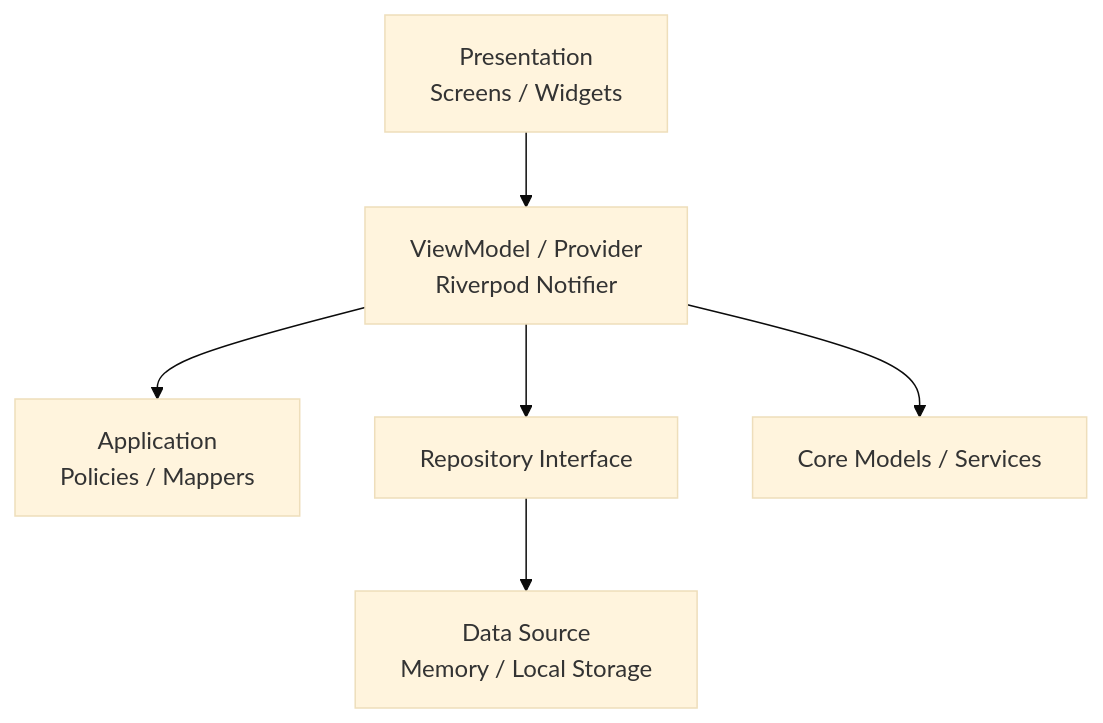
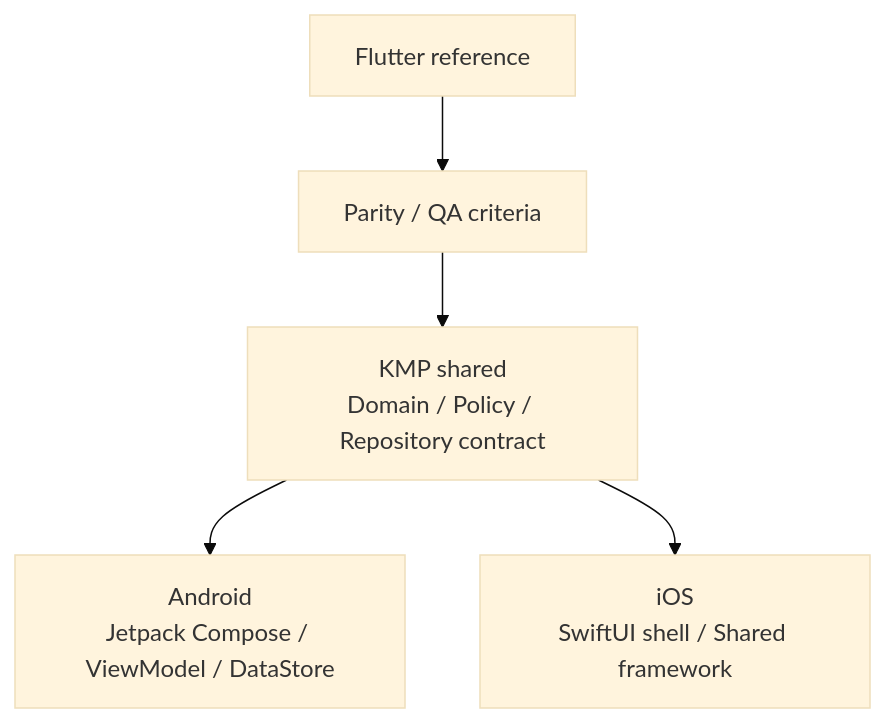
One commit to Jiyeong-kor/supplement_routine changed the diagram in README_en.md. Above: the diagram before and after it, drawn with Mermaid (base theme). The commit also changed other lines of this file and 1 other file, not shown here.

````diff
--- a/README_en.md
+++ b/README_en.md
@@ -64,8 +72,7 @@
 ```mermaid
 flowchart TD
-    UI["Presentation\nScreens / Widgets"] --> VM["ViewModel / Provider\nRiverpod Notifier"]
-    VM --> APP["Application\nPolicies / Mappers"]
-    VM --> REPO["Repository Interface"]
-    REPO --> DATA["Data Source\nMemory / Local Storage"]
-    VM --> CORE["Core Models / Services"]
+    SHARED["KMP shared\nDomain / Policy / Repository contract"] --> ANDROID["Android\nJetpack Compose / ViewModel / DataStore"]
+    SHARED --> IOS["iOS\nSwiftUI shell / Shared framework"]
+    FLUTTER["Flutter reference"] --> DOCS["Parity / QA criteria"]
+    DOCS --> SHARED
 ```
````
